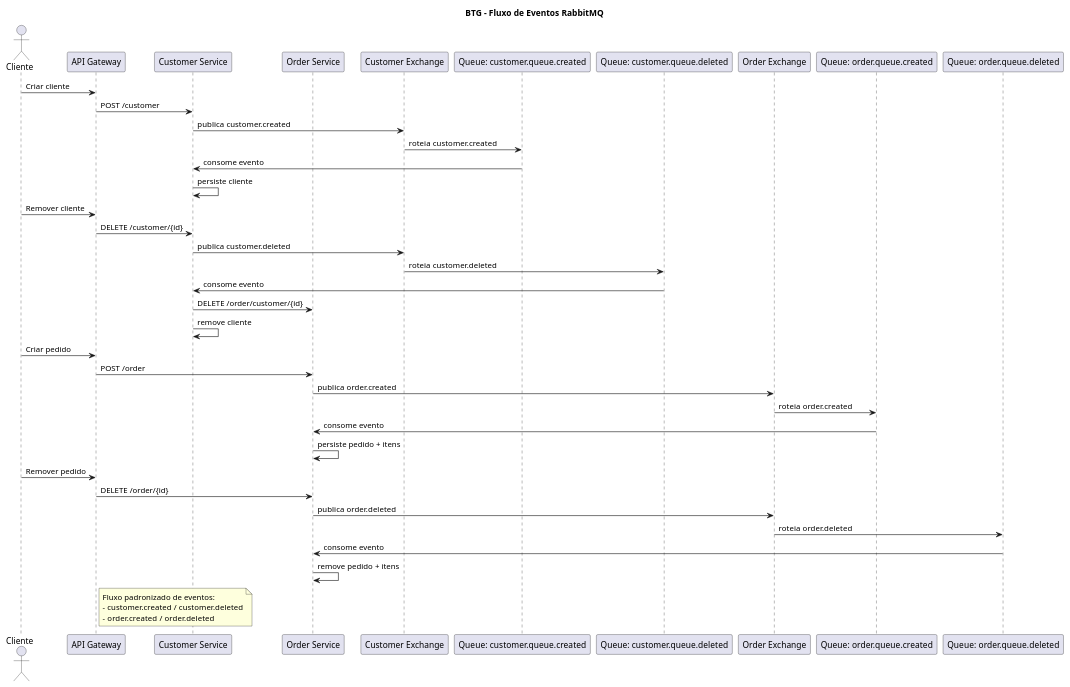
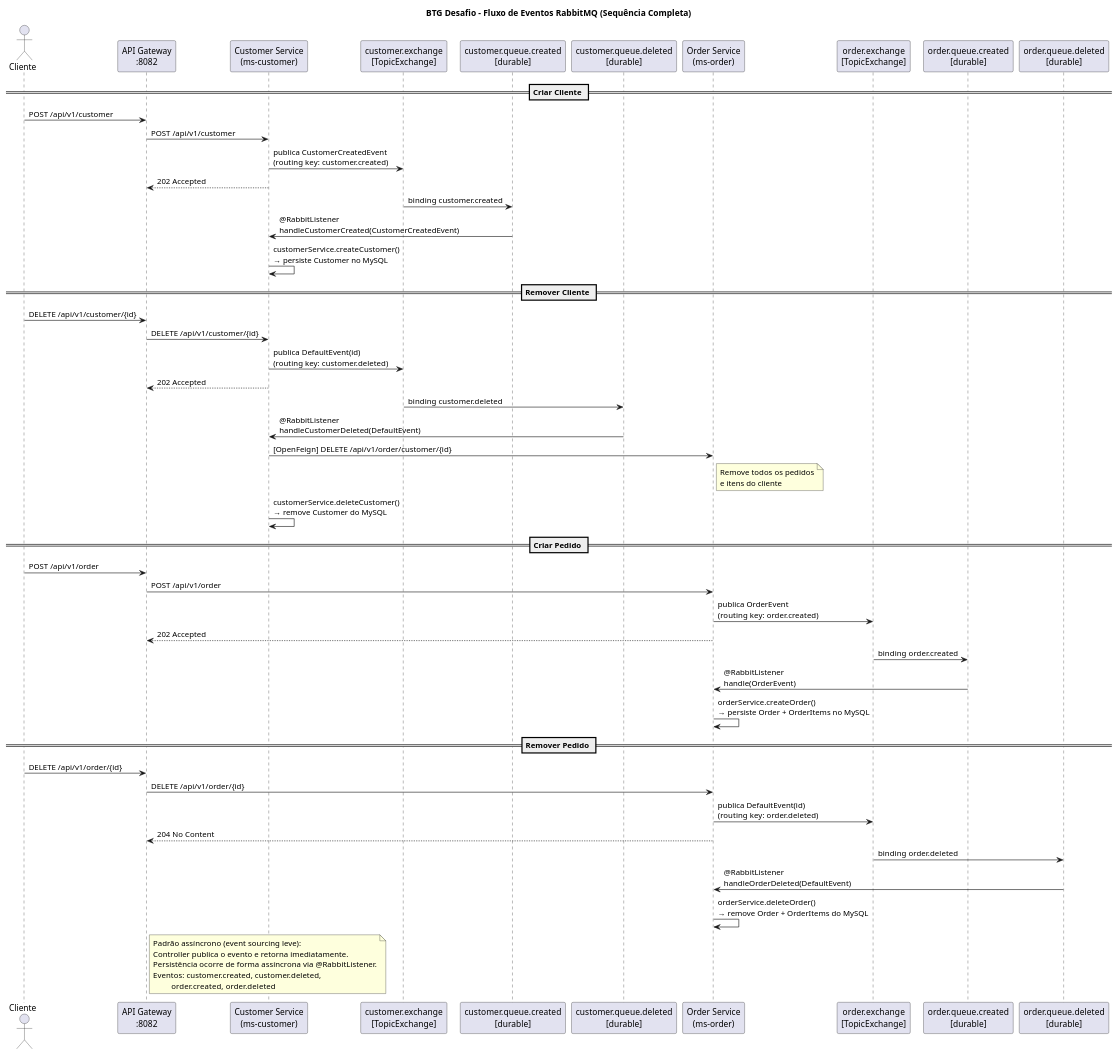
The diagram in docs/architecture/event-flow-rabbitmq.puml (leoalmeida/desafioBTG), drawn with PlantUML before and after one commit. The commit also changed 12 other files, not shown here.

```diff
--- a/docs/architecture/event-flow-rabbitmq.puml
+++ b/docs/architecture/event-flow-rabbitmq.puml
@@ -1,52 +1,67 @@
 @startuml event_flow_diagram
 
-title BTG - Fluxo de Eventos RabbitMQ
+title BTG Desafio - Fluxo de Eventos RabbitMQ (Sequência Completa)
 
 actor Cliente
 
-participant "API Gateway" as gateway
-participant "Customer Service" as customer
-participant "Order Service" as order
-participant "Customer Exchange" as c_exchange
-participant "Queue: customer.queue.created" as c_created_q
-participant "Queue: customer.queue.deleted" as c_deleted_q
-participant "Order Exchange" as o_exchange
-participant "Queue: order.queue.created" as o_created_q
-participant "Queue: order.queue.deleted" as o_deleted_q
+participant "API Gateway\n:8082" as gateway
+participant "Customer Service\n(ms-customer)" as customer
+participant "customer.exchange\n[TopicExchange]" as c_exchange
+participant "customer.queue.created\n[durable]" as c_created_q
+participant "customer.queue.deleted\n[durable]" as c_deleted_q
+participant "Order Service\n(ms-order)" as order
+participant "order.exchange\n[TopicExchange]" as o_exchange
+participant "order.queue.created\n[durable]" as o_created_q
+participant "order.queue.deleted\n[durable]" as o_deleted_q
 
-Cliente -> gateway : Criar cliente
-gateway -> customer : POST /customer
-customer -> c_exchange : publica customer.created
-c_exchange -> c_created_q : roteia customer.created
-c_created_q -> customer : consome evento
-customer -> customer : persiste cliente
+== Criar Cliente ==
 
-Cliente -> gateway : Remover cliente
-gateway -> customer : DELETE /customer/{id}
-customer -> c_exchange : publica customer.deleted
-c_exchange -> c_deleted_q : roteia customer.deleted
-c_deleted_q -> customer : consome evento
-customer -> order : DELETE /order/customer/{id}
-customer -> customer : remove cliente
+Cliente -> gateway : POST /api/v1/customer
+gateway -> customer : POST /api/v1/customer
+customer -> c_exchange : publica CustomerCreatedEvent\n(routing key: customer.created)
+customer --> gateway : 202 Accepted
+c_exchange -> c_created_q : binding customer.created
+c_created_q -> customer : @RabbitListener\nhandleCustomerCreated(CustomerCreatedEvent)
+customer -> customer : customerService.createCustomer()\n→ persiste Customer no MySQL
 
-Cliente -> gateway : Criar pedido
-gateway -> order : POST /order
-order -> o_exchange : publica order.created
-o_exchange -> o_created_q : roteia order.created
-o_created_q -> order : consome evento
-order -> order : persiste pedido + itens
+== Remover Cliente ==
 
-Cliente -> gateway : Remover pedido
-gateway -> order : DELETE /order/{id}
-order -> o_exchange : publica order.deleted
-o_exchange -> o_deleted_q : roteia order.deleted
-o_deleted_q -> order : consome evento
-order -> order : remove pedido + itens
+Cliente -> gateway : DELETE /api/v1/customer/{id}
+gateway -> customer : DELETE /api/v1/customer/{id}
+customer -> c_exchange : publica DefaultEvent(id)\n(routing key: customer.deleted)
+customer --> gateway : 202 Accepted
+c_exchange -> c_deleted_q : binding customer.deleted
+c_deleted_q -> customer : @RabbitListener\nhandleCustomerDeleted(DefaultEvent)
+customer -> order : [OpenFeign] DELETE /api/v1/order/customer/{id}
+note right of order : Remove todos os pedidos\ne itens do cliente
+customer -> customer : customerService.deleteCustomer()\n→ remove Customer do MySQL
+
+== Criar Pedido ==
+
+Cliente -> gateway : POST /api/v1/order
+gateway -> order : POST /api/v1/order
+order -> o_exchange : publica OrderEvent\n(routing key: order.created)
+order --> gateway : 202 Accepted
+o_exchange -> o_created_q : binding order.created
+o_created_q -> order : @RabbitListener\nhandle(OrderEvent)
+order -> order : orderService.createOrder()\n→ persiste Order + OrderItems no MySQL
+
+== Remover Pedido ==
+
+Cliente -> gateway : DELETE /api/v1/order/{id}
+gateway -> order : DELETE /api/v1/order/{id}
+order -> o_exchange : publica DefaultEvent(id)\n(routing key: order.deleted)
+order --> gateway : 204 No Content
+o_exchange -> o_deleted_q : binding order.deleted
+o_deleted_q -> order : @RabbitListener\nhandleOrderDeleted(DefaultEvent)
+order -> order : orderService.deleteOrder()\n→ remove Order + OrderItems do MySQL
 
 note right of gateway
-	Fluxo padronizado de eventos:
-	- customer.created / customer.deleted
-	- order.created / order.deleted
+    Padrão assíncrono (event sourcing leve):
+    Controller publica o evento e retorna imediatamente.
+    Persistência ocorre de forma assíncrona via @RabbitListener.
+    Eventos: customer.created, customer.deleted,
+             order.created, order.deleted
 end note
 
 @enduml
```
